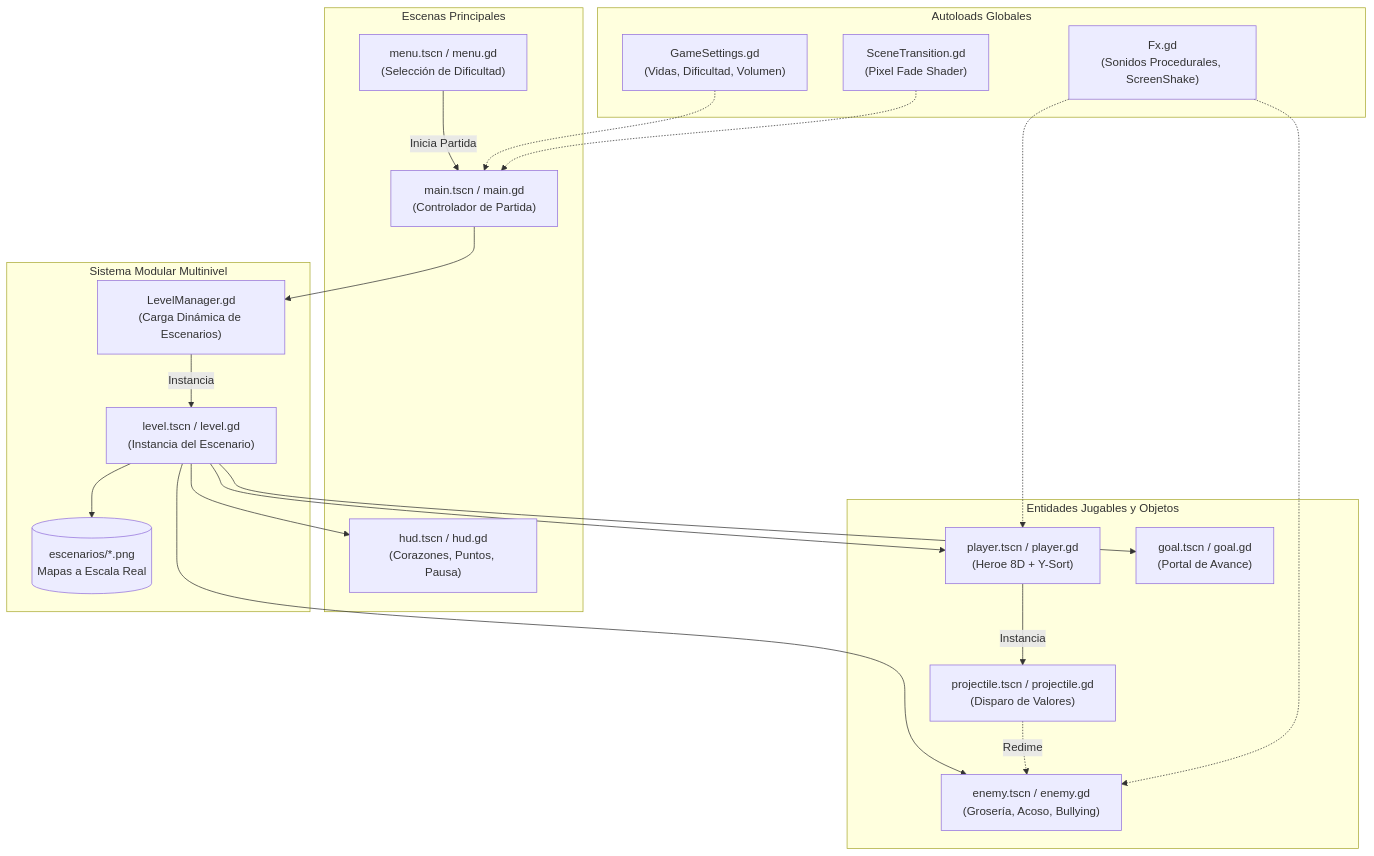
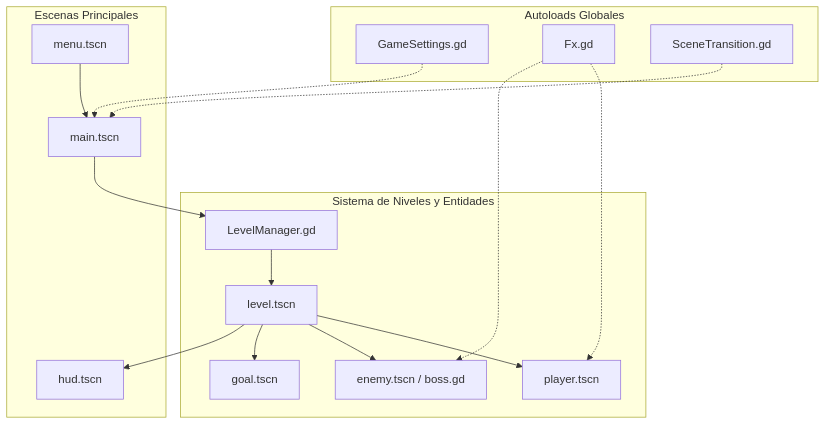
Before and after one commit to Kineyo/valores-cobaem22: the third of 3 diagrams in README.md, drawn with Mermaid. The commit also changed other lines of this file and 1 other file, not shown here.

````diff
--- a/README.md
+++ b/README.md
@@ -543,42 +343,27 @@
 ```mermaid
 graph TD
-    subgraph Singletons_Autoload ["Autoloads Globales"]
-        GS["GameSettings.gd\n(Vidas, Dificultad, Volumen)"]
-        FX["Fx.gd\n(Sonidos Procedurales, ScreenShake)"]
-        ST["SceneTransition.gd\n(Pixel Fade Shader)"]
+    subgraph Autoloads ["Autoloads Globales"]
+        GS["GameSettings.gd"]
+        FX["Fx.gd"]
+        ST["SceneTransition.gd"]
     end
 
-    subgraph Core_Scenes ["Escenas Principales"]
-        Menu["menu.tscn / menu.gd\n(Selección de Dificultad)"]
-        Main["main.tscn / main.gd\n(Controlador de Partida)"]
-        HUD["hud.tscn / hud.gd\n(Corazones, Puntos, Pausa)"]
+    subgraph Core ["Escenas Principales"]
+        Menu["menu.tscn"]
+        Main["main.tscn"]
+        HUD["hud.tscn"]
     end
 
-    subgraph Level_System ["Sistema Modular Multinivel"]
-        LM["LevelManager.gd\n(Carga Dinámica de Escenarios)"]
-        Level["level.tscn / level.gd\n(Instancia del Escenario)"]
-        Escenarios[("escenarios/*.png\nMapas a Escala Real")]
+    subgraph World ["Sistema de Niveles y Entidades"]
+        LM["LevelManager.gd"]
+        Level["level.tscn"]
+        Player["player.tscn"]
+        Enemy["enemy.tscn / boss.gd"]
+        Goal["goal.tscn"]
     end
 
-    subgraph Entities ["Entidades Jugables y Objetos"]
-        Player["player.tscn / player.gd\n(Heroe 8D + Y-Sort)"]
-        Projectile["projectile.tscn / projectile.gd\n(Disparo de Valores)"]
-        Enemy["enemy.tscn / enemy.gd\n(Grosería, Acoso, Bullying)"]
-        Goal["goal.tscn / goal.gd\n(Portal de Avance)"]
-    end
-
-    Menu -->|Inicia Partida| Main
-    Main --> LM
-    LM -->|Instancia| Level
-    Level --> Escenarios
-    Level --> Player
-    Level --> Enemy
-    Level --> Goal
-    Level --> HUD
-    Player -->|Instancia| Projectile
-    Projectile -.->|Redime| Enemy
-    GS -.-> Main
-    FX -.-> Player
-    FX -.-> Enemy
-    ST -.-> Main
+    Menu --> Main --> LM --> Level
+    Level --> Player & Enemy & Goal & HUD
+    GS & ST -.-> Main
+    FX -.-> Player & Enemy
 ```
````
